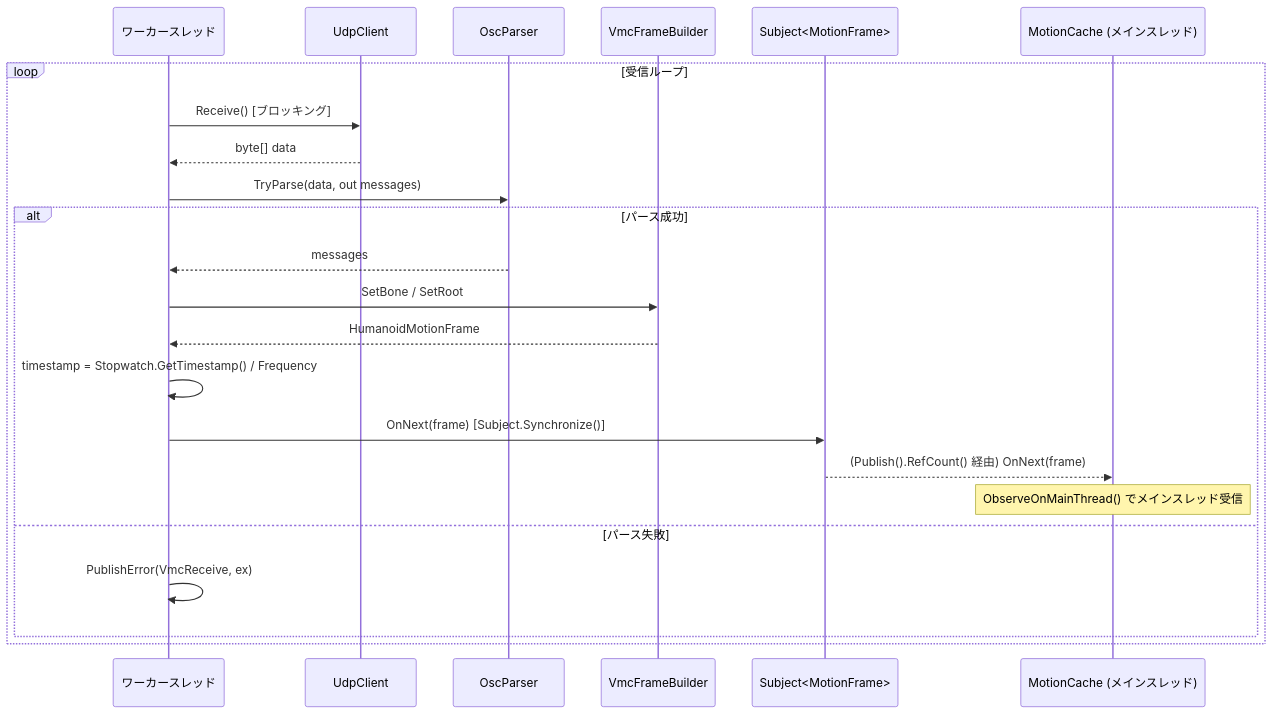
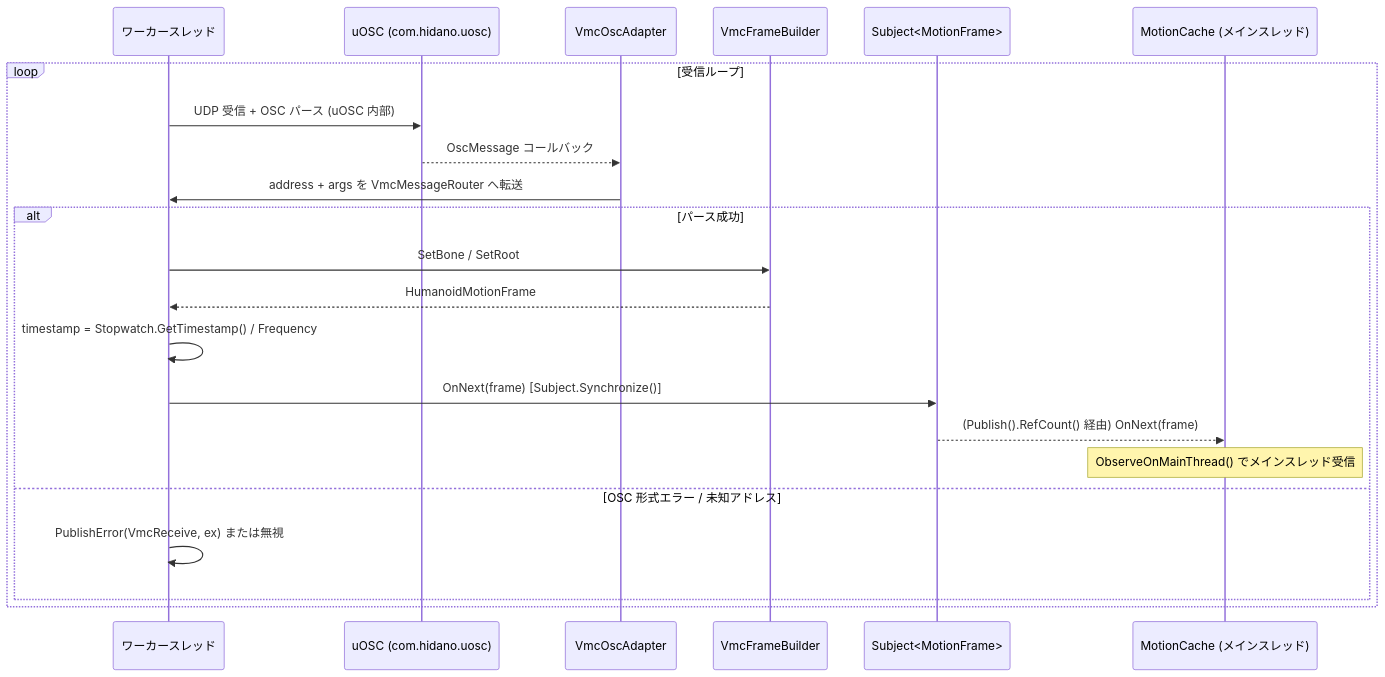
Before and after one commit to UNVGI/RealtimeAvatarController: the first of 3 diagrams in .kiro/specs/mocap-vmc/design.md, drawn with Mermaid. The commit also changed other lines of this file and 6 other files, not shown here.

````diff
--- a/.kiro/specs/mocap-vmc/design.md
+++ b/.kiro/specs/mocap-vmc/design.md
@@ -625,26 +682,25 @@
 ```mermaid
 sequenceDiagram
     participant W as ワーカースレッド
-    participant U as UdpClient
-    participant P as OscParser
+    participant U as uOSC (com.hidano.uosc)
+    participant P as VmcOscAdapter
     participant B as VmcFrameBuilder
     participant S as Subject<MotionFrame>
     participant M as MotionCache (メインスレッド)
 
     loop 受信ループ
-        W->>U: Receive() [ブロッキング]
-        U-->>W: byte[] data
-        W->>P: TryParse(data, out messages)
+        W->>U: UDP 受信 + OSC パース (uOSC 内部)
+        U-->>P: OscMessage コールバック
+        P->>W: address + args を VmcMessageRouter へ転送
         alt パース成功
-            P-->>W: messages
             W->>B: SetBone / SetRoot
             B-->>W: HumanoidMotionFrame
             W->>W: timestamp = Stopwatch.GetTimestamp() / Frequency
             W->>S: OnNext(frame) [Subject.Synchronize()]
             S-->>M: (Publish().RefCount() 経由) OnNext(frame)
             Note over M: ObserveOnMainThread() でメインスレッド受信
-        else パース失敗
-            W->>W: PublishError(VmcReceive, ex)
+        else OSC 形式エラー / 未知アドレス
+            W->>W: PublishError(VmcReceive, ex) または無視
         end
     end
 ```
````
